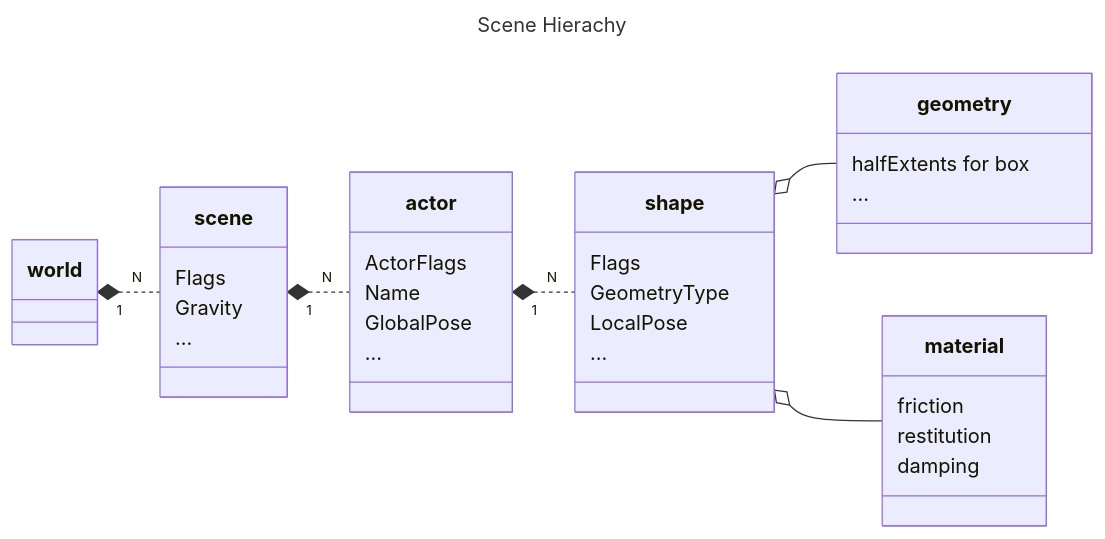
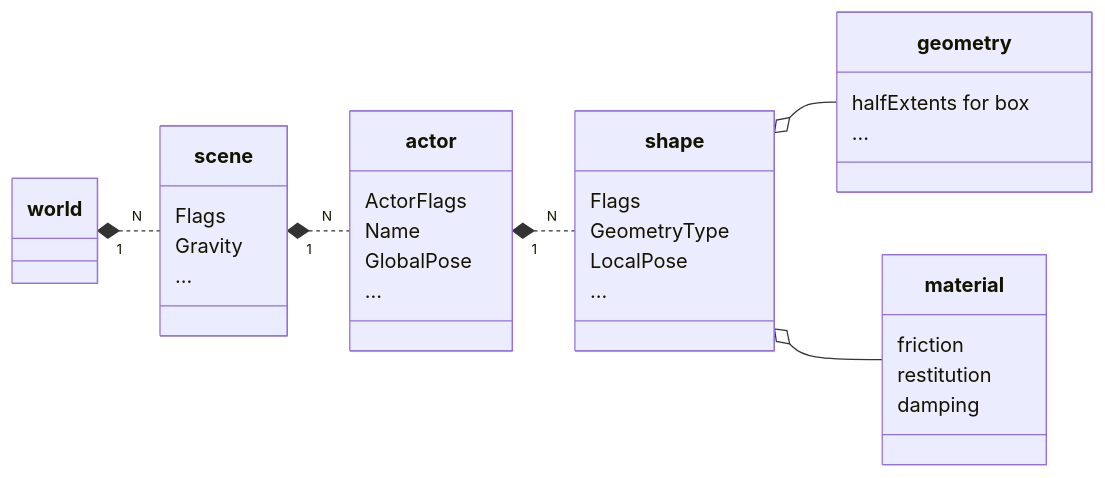
Before and after one commit to pps43/BookOfGameDev: the first of 2 diagrams in GameDev/Physics/PhysXSceneQuery.md, drawn with Mermaid. The commit also changed other lines of this file and 3 other files, not shown here.

````diff
--- a/GameDev/Physics/PhysXSceneQuery.md
+++ b/GameDev/Physics/PhysXSceneQuery.md
@@ -14,42 +11,39 @@
 ```mermaid
----
-title: Scene Hierachy
----
 classDiagram
 direction LR
 
 class world
 class scene {
     Flags
     Gravity
     ...
 }
 class actor {
     ActorFlags
     Name
     GlobalPose
     ...
 }
 class shape {
     Flags
     GeometryType
     LocalPose
     ...
 }
 class geometry {
     halfExtents for box
     ...
 }
 class material {
     friction
     restitution
     damping
 }
 
 world "1"*.. "N"scene
 scene "1"*.. "N"actor
 actor "1"*.. "N"shape
 shape o--geometry
 shape o--material
 
 ```
````
